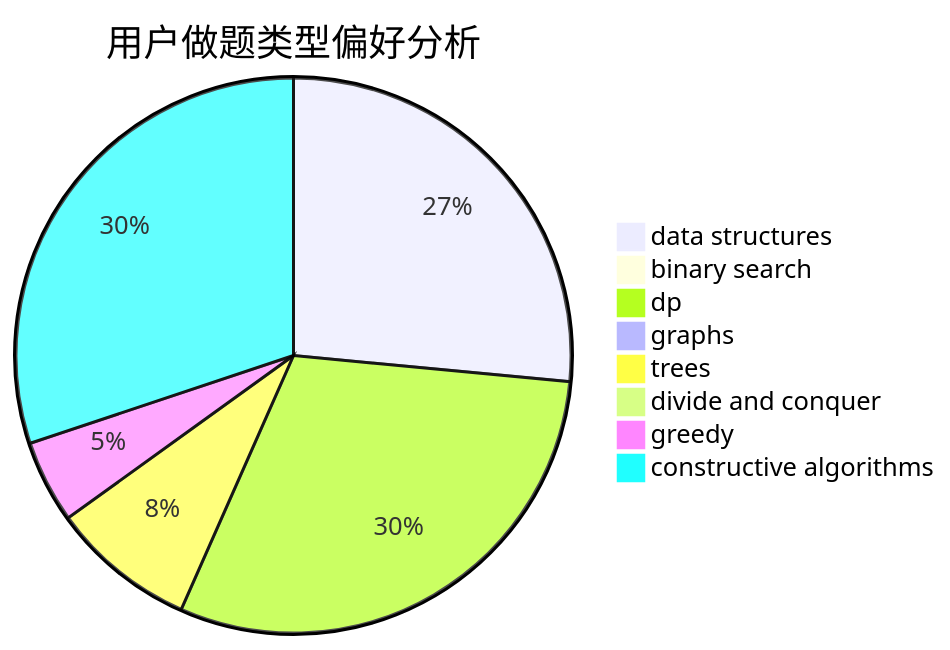
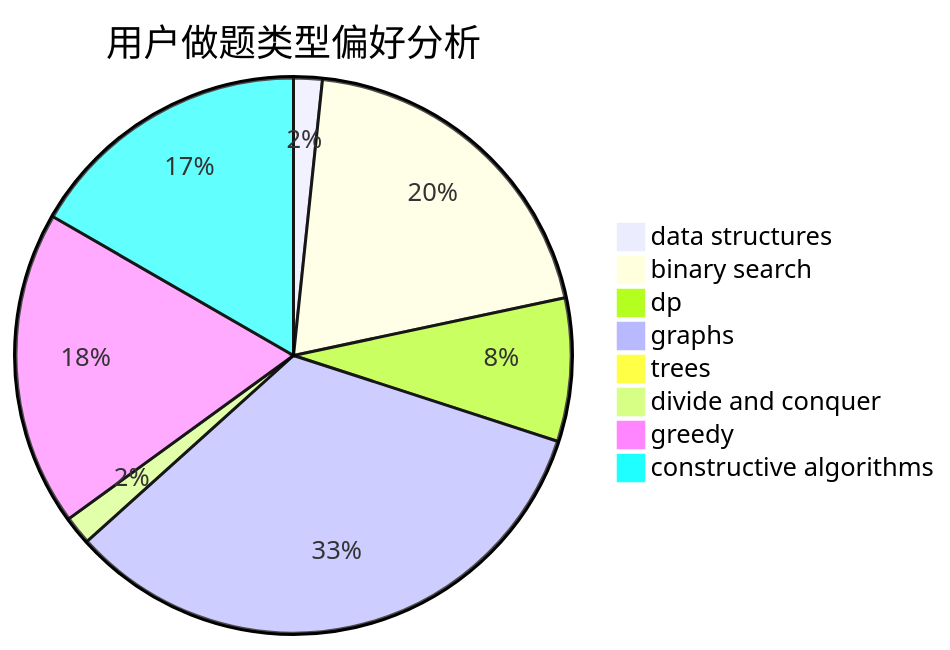
One commit to sherpahu/cfrs.github.io changed the second of 3 diagrams in docs/user/u2389.md. Above: the diagram before and after it, drawn with Mermaid. The commit also changed other lines of this file and 2770 other files, not shown here.

````diff
--- a/docs/user/u2389.md
+++ b/docs/user/u2389.md
@@ -23,11 +23,11 @@
 ```mermaid
 pie title 用户做题类型偏好分析
-    "data structures" :  22
-    "binary search" :  0
-    "dp" :  25
-    "graphs" :  0
-    "trees" :  7
-    "divide and conquer" :  0
-    "greedy" :  4
-    "constructive algorithms" :  25
+    "data structures" :  1
+    "binary search" :  12
+    "dp" :  5
+    "graphs" :  20
+    "trees" :  0
+    "divide and conquer" :  1
+    "greedy" :  11
+    "constructive algorithms" :  10
 ```
````
